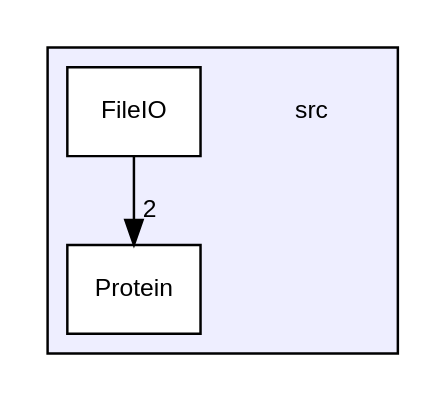
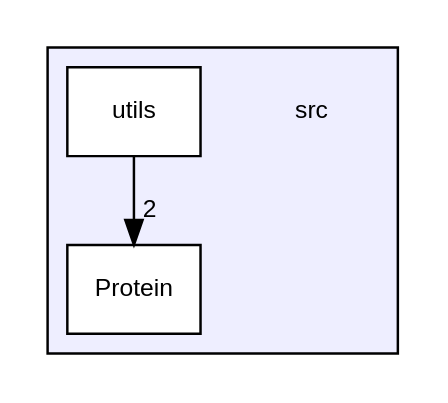
One commit to Mohamed-Nser-Said/ffp changed the diagram in dir_68267d1309a1af8e8297ef4c3efbcdba_dep.dot. Above: the diagram before and after it, drawn with Graphviz. The commit also changed 47 other files, not shown here.

```diff
--- a/dir_68267d1309a1af8e8297ef4c3efbcdba_dep.dot
+++ b/dir_68267d1309a1af8e8297ef4c3efbcdba_dep.dot
@@ -1,12 +1,12 @@
 digraph "/home/runner/work/ffp/ffp/src" {
   compound=true
   node [ fontsize="10", fontname="Helvetica"];
   edge [ labelfontsize="10", labelfontname="Helvetica"];
   subgraph clusterdir_68267d1309a1af8e8297ef4c3efbcdba {
     graph [ bgcolor="#eeeeff", pencolor="black", label="" URL="dir_68267d1309a1af8e8297ef4c3efbcdba.html"];
     dir_68267d1309a1af8e8297ef4c3efbcdba [shape=plaintext label="src"];
-  dir_c0a4e14084e9f7c16bbb9096e2bb1bfb [shape=box label="FileIO" fillcolor="white" style="filled" URL="dir_c0a4e14084e9f7c16bbb9096e2bb1bfb.html"];
   dir_32797135fe23c5eec817d4836231640f [shape=box label="Protein" fillcolor="white" style="filled" URL="dir_32797135fe23c5eec817d4836231640f.html"];
+  dir_313caf1132e152dd9b58bea13a4052ca [shape=box label="utils" fillcolor="white" style="filled" URL="dir_313caf1132e152dd9b58bea13a4052ca.html"];
   }
-  dir_c0a4e14084e9f7c16bbb9096e2bb1bfb->dir_32797135fe23c5eec817d4836231640f [headlabel="2", labeldistance=1.5 headhref="dir_000001_000002.html"];
+  dir_313caf1132e152dd9b58bea13a4052ca->dir_32797135fe23c5eec817d4836231640f [headlabel="2", labeldistance=1.5 headhref="dir_000002_000001.html"];
 }
```
